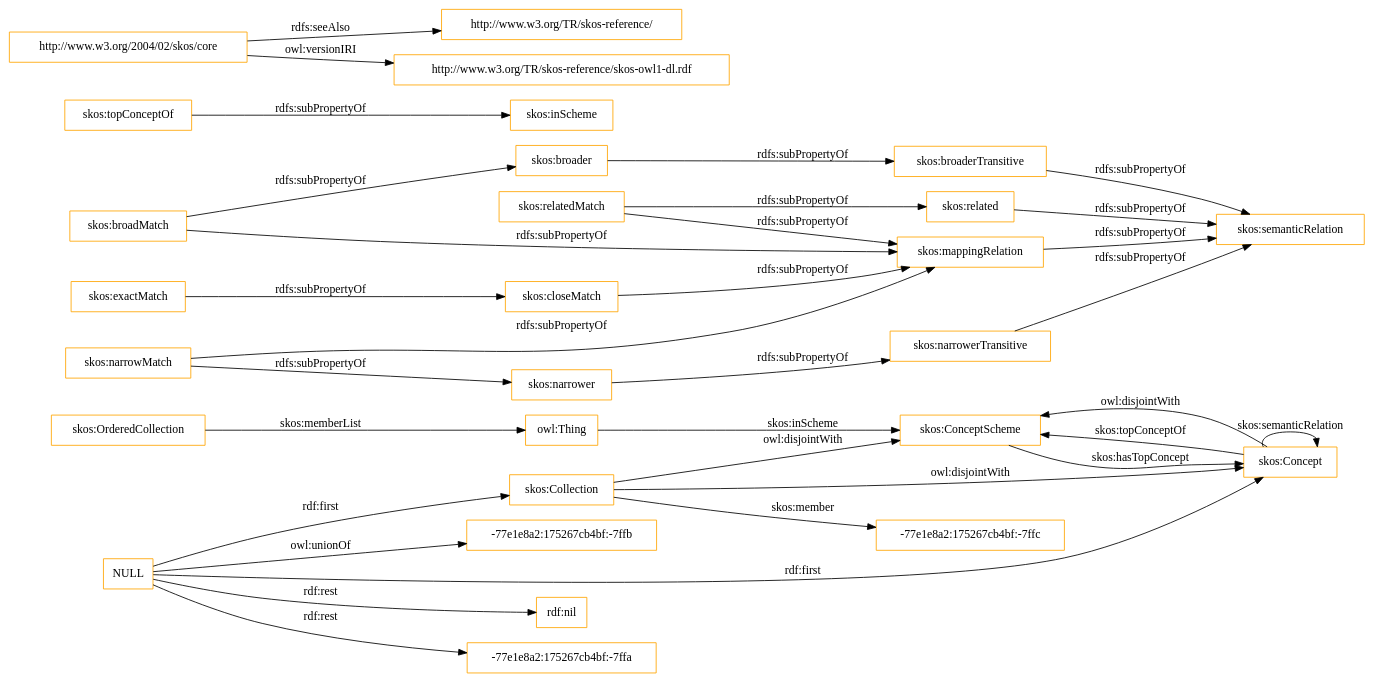
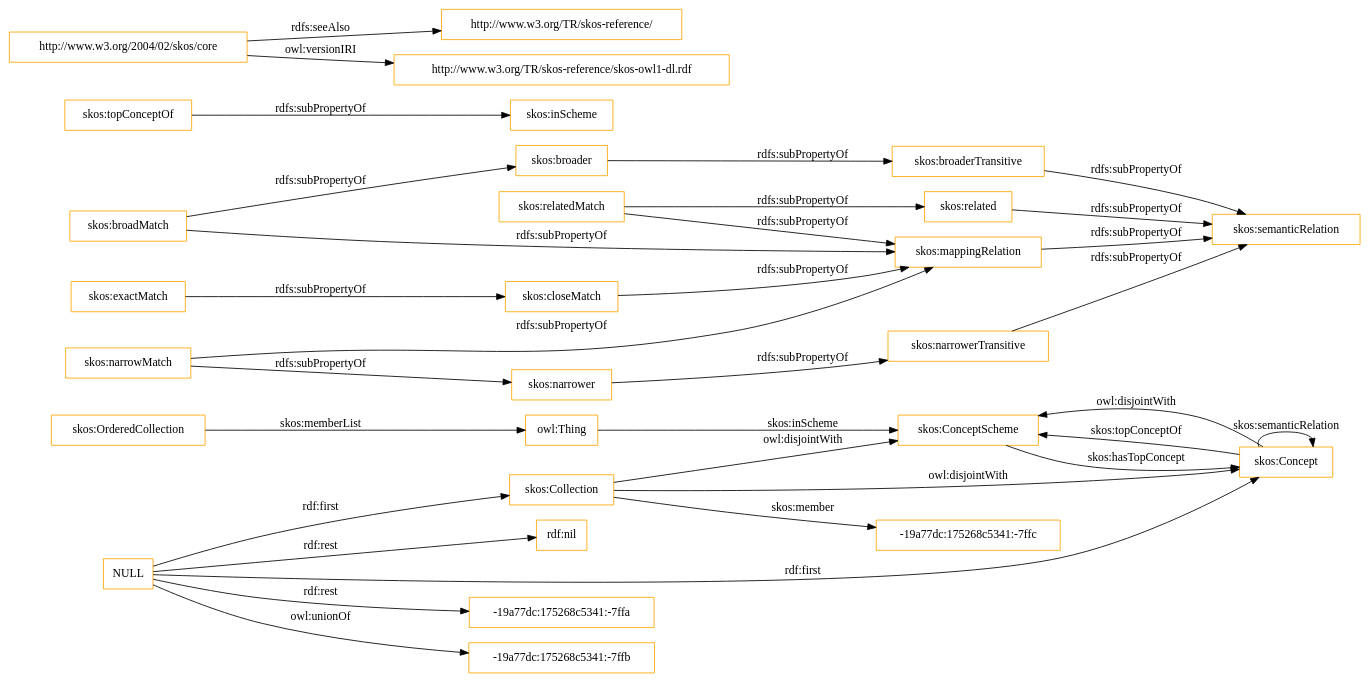
One commit to OnToologyUser/core-ontology-1 changed the diagram in OnToology/imports/skos.owl/diagrams/ar2dtool-class/skos.owl.png.dot. Above: the diagram before and after it, drawn with Graphviz. The commit also changed 14 other files, not shown here.

```diff
--- a/OnToology/imports/skos.owl/diagrams/ar2dtool-class/skos.owl.png.dot
+++ b/OnToology/imports/skos.owl/diagrams/ar2dtool-class/skos.owl.png.dot
@@ -1,37 +1,37 @@
 digraph ar2dtool_diagram { 
 rankdir=LR;
 size="1501"
-node [shape = rectangle, color="orange"]; "skos:OrderedCollection" "skos:ConceptScheme" "skos:Concept" "skos:Collection" "-77e1e8a2:175267cb4bf:-7ffc" ; /*classes style*/
+node [shape = rectangle, color="orange"]; "skos:OrderedCollection" "skos:ConceptScheme" "skos:Concept" "skos:Collection" "-19a77dc:175268c5341:-7ffc" ; /*classes style*/
 	"skos:narrowerTransitive" -> "skos:semanticRelation" [ label = "rdfs:subPropertyOf" ];
+	"NULL" -> "-19a77dc:175268c5341:-7ffa" [ label = "rdf:rest" ];
+	"NULL" -> "skos:Collection" [ label = "rdf:first" ];
+	"NULL" -> "-19a77dc:175268c5341:-7ffb" [ label = "owl:unionOf" ];
 	"NULL" -> "rdf:nil" [ label = "rdf:rest" ];
 	"NULL" -> "skos:Concept" [ label = "rdf:first" ];
-	"NULL" -> "-77e1e8a2:175267cb4bf:-7ffa" [ label = "rdf:rest" ];
-	"NULL" -> "skos:Collection" [ label = "rdf:first" ];
-	"NULL" -> "-77e1e8a2:175267cb4bf:-7ffb" [ label = "owl:unionOf" ];
 	"skos:closeMatch" -> "skos:mappingRelation" [ label = "rdfs:subPropertyOf" ];
 	"skos:Concept" -> "skos:ConceptScheme" [ label = "owl:disjointWith" ];
 	"skos:relatedMatch" -> "skos:related" [ label = "rdfs:subPropertyOf" ];
 	"skos:relatedMatch" -> "skos:mappingRelation" [ label = "rdfs:subPropertyOf" ];
 	"skos:related" -> "skos:semanticRelation" [ label = "rdfs:subPropertyOf" ];
 	"skos:topConceptOf" -> "skos:inScheme" [ label = "rdfs:subPropertyOf" ];
 	"skos:broadMatch" -> "skos:mappingRelation" [ label = "rdfs:subPropertyOf" ];
 	"skos:broadMatch" -> "skos:broader" [ label = "rdfs:subPropertyOf" ];
 	"skos:exactMatch" -> "skos:closeMatch" [ label = "rdfs:subPropertyOf" ];
 	"skos:broaderTransitive" -> "skos:semanticRelation" [ label = "rdfs:subPropertyOf" ];
 	"skos:broader" -> "skos:broaderTransitive" [ label = "rdfs:subPropertyOf" ];
 	"skos:mappingRelation" -> "skos:semanticRelation" [ label = "rdfs:subPropertyOf" ];
 	"http://www.w3.org/2004/02/skos/core" -> "http://www.w3.org/TR/skos-reference/" [ label = "rdfs:seeAlso" ];
 	"http://www.w3.org/2004/02/skos/core" -> "http://www.w3.org/TR/skos-reference/skos-owl1-dl.rdf" [ label = "owl:versionIRI" ];
 	"skos:Collection" -> "skos:ConceptScheme" [ label = "owl:disjointWith" ];
 	"skos:Collection" -> "skos:Concept" [ label = "owl:disjointWith" ];
 	"skos:narrower" -> "skos:narrowerTransitive" [ label = "rdfs:subPropertyOf" ];
 	"skos:narrowMatch" -> "skos:narrower" [ label = "rdfs:subPropertyOf" ];
 	"skos:narrowMatch" -> "skos:mappingRelation" [ label = "rdfs:subPropertyOf" ];
 	"skos:OrderedCollection" -> "owl:Thing" [ label = "skos:memberList" ];
 	"skos:Concept" -> "skos:ConceptScheme" [ label = "skos:topConceptOf" ];
 	"skos:Concept" -> "skos:Concept" [ label = "skos:semanticRelation" ];
-	"skos:Collection" -> "-77e1e8a2:175267cb4bf:-7ffc" [ label = "skos:member" ];
+	"skos:Collection" -> "-19a77dc:175268c5341:-7ffc" [ label = "skos:member" ];
 	"skos:ConceptScheme" -> "skos:Concept" [ label = "skos:hasTopConcept" ];
 	"owl:Thing" -> "skos:ConceptScheme" [ label = "skos:inScheme" ];
 
 }
```
